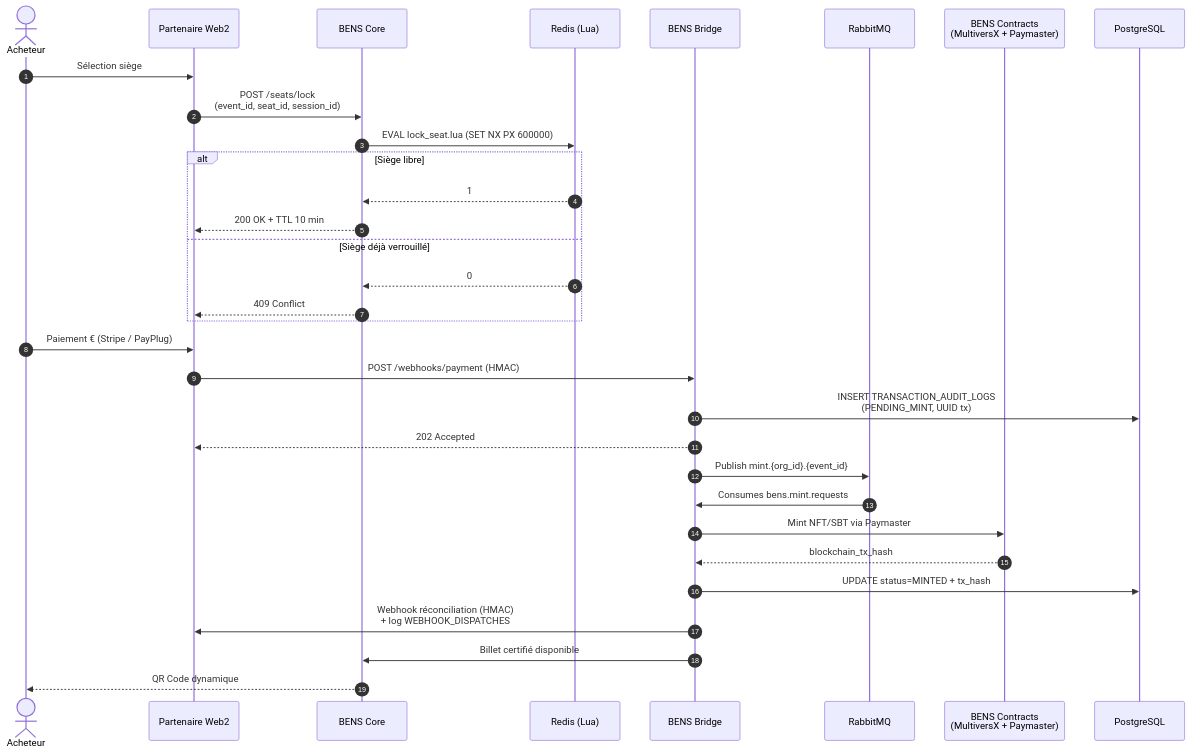
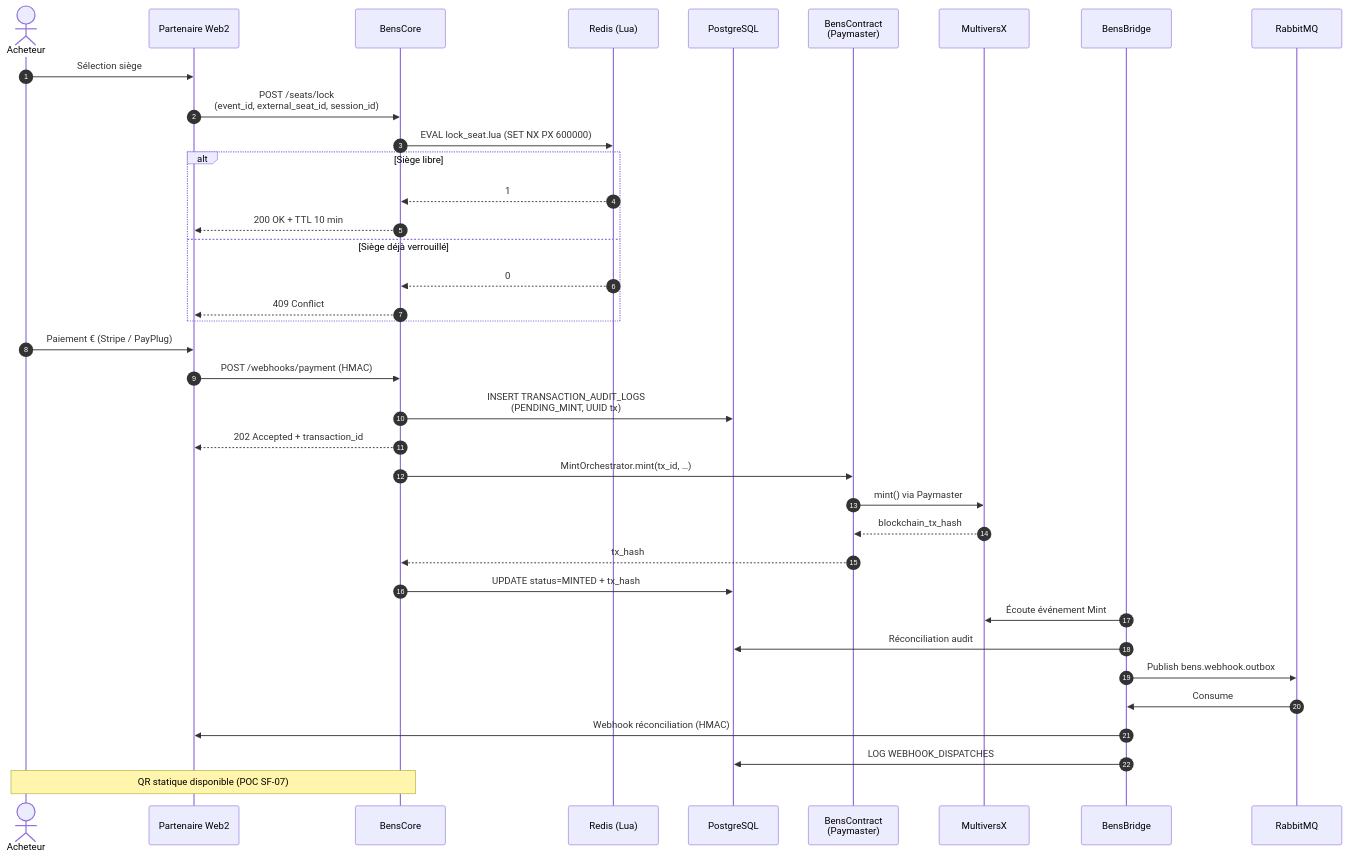
One commit to 2025-10-CDA-ECO-P6/bens changed the diagram in docs/01-contexte/cahier-des-charges.md. Above: the diagram before and after it, drawn with Mermaid. The commit also changed other lines of this file, not shown here.

Commit message:
update cahier des charges sequence diagram to be aligned with architecture.md

````diff
--- a/docs/01-contexte/cahier-des-charges.md
+++ b/docs/01-contexte/cahier-des-charges.md
@@ -117,37 +124,44 @@
 ```mermaid
 sequenceDiagram
     autonumber
     actor Acheteur
     participant Web2 as Partenaire Web2
-    participant Core as BENS Core
+    participant Core as BensCore
     participant Redis as Redis (Lua)
-    participant Bridge as BENS Bridge
+    participant PG as PostgreSQL
+    participant Contract as BensContract<br/>(Paymaster)
+    participant MX as MultiversX
+    participant Bridge as BensBridge
     participant MQ as RabbitMQ
-    participant SC as BENS Contracts<br/>(MultiversX + Paymaster)
-    participant PG as PostgreSQL
 
     Acheteur->>Web2: Sélection siège
-    Web2->>Core: POST /seats/lock<br/>(event_id, seat_id, session_id)
+    Web2->>Core: POST /seats/lock<br/>(event_id, external_seat_id, session_id)
     Core->>Redis: EVAL lock_seat.lua (SET NX PX 600000)
     alt Siège libre
         Redis-->>Core: 1
         Core-->>Web2: 200 OK + TTL 10 min
     else Siège déjà verrouillé
         Redis-->>Core: 0
         Core-->>Web2: 409 Conflict
     end
 
     Acheteur->>Web2: Paiement € (Stripe / PayPlug)
-    Web2->>Bridge: POST /webhooks/payment (HMAC)
-    Bridge->>PG: INSERT TRANSACTION_AUDIT_LOGS<br/>(PENDING_MINT, UUID tx)
-    Bridge-->>Web2: 202 Accepted
-    Bridge->>MQ: Publish mint.{org_id}.{event_id}
+    Web2->>Core: POST /webhooks/payment (HMAC)
+    Core->>PG: INSERT TRANSACTION_AUDIT_LOGS<br/>(PENDING_MINT, UUID tx)
+    Core-->>Web2: 202 Accepted + transaction_id
 
-    MQ->>Bridge: Consumes bens.mint.requests
-    Bridge->>SC: Mint NFT/SBT via Paymaster
-    SC-->>Bridge: blockchain_tx_hash
-    Bridge->>PG: UPDATE status=MINTED + tx_hash
-    Bridge->>Web2: Webhook réconciliation (HMAC)<br/>+ log WEBHOOK_DISPATCHES
-    Bridge->>Core: Billet certifié disponible
-    Core-->>Acheteur: QR Code dynamique
+    Core->>Contract: MintOrchestrator.mint(tx_id, …)
+    Contract->>MX: mint() via Paymaster
+    MX-->>Contract: blockchain_tx_hash
+    Contract-->>Core: tx_hash
+    Core->>PG: UPDATE status=MINTED + tx_hash
+
+    Bridge->>MX: Écoute événement Mint
+    Bridge->>PG: Réconciliation audit
+    Bridge->>MQ: Publish bens.webhook.outbox
+    MQ->>Bridge: Consume
+    Bridge->>Web2: Webhook réconciliation (HMAC)
+    Bridge->>PG: LOG WEBHOOK_DISPATCHES
+
+    Note over Core,Acheteur: QR statique disponible (POC SF-07)
 ```
````
